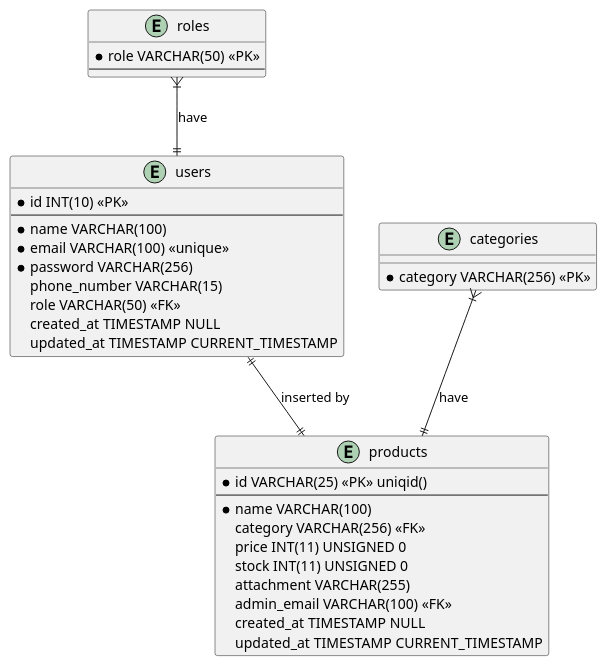
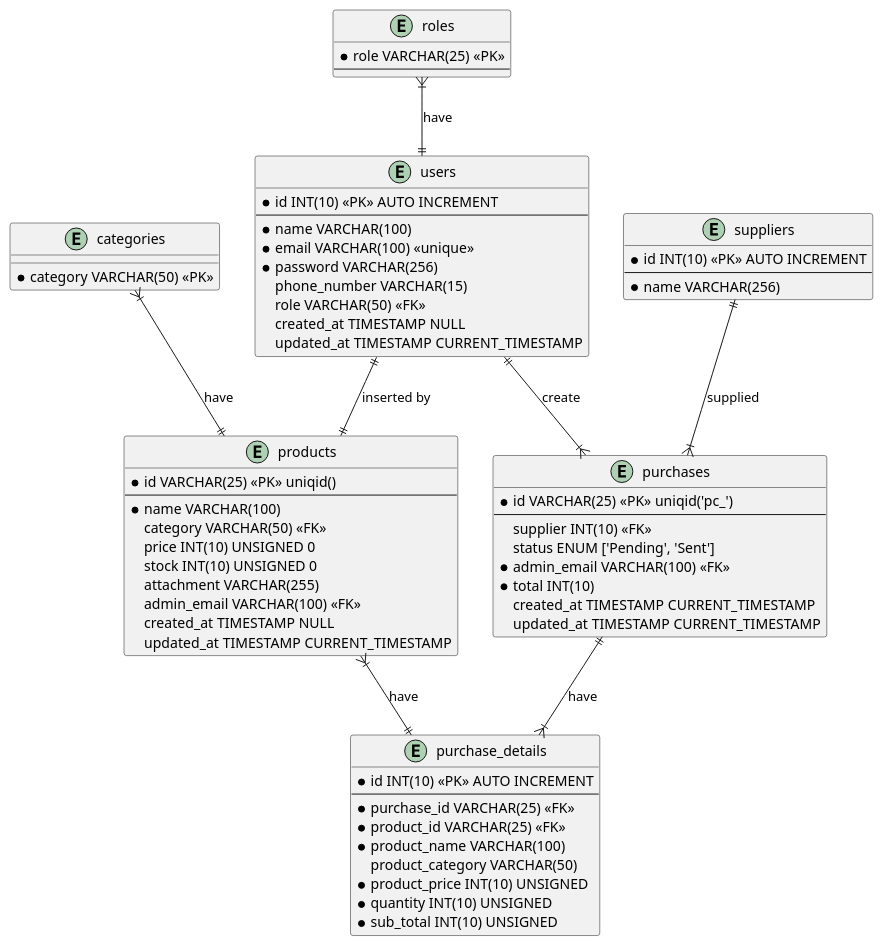
The diagram in docs/product-inventory.puml (doniduaasattuu/product-inventory), drawn with PlantUML before and after one commit. The commit also changed 27 other files, not shown here.

Commit message:
create table purchase, purchase detail, supplier

```diff
--- a/docs/product-inventory.puml
+++ b/docs/product-inventory.puml
@@ -1,41 +1,100 @@
 @startuml product inventory
 
     entity roles {
-        * role VARCHAR(50) <<PK>>
+        * role VARCHAR(25) <<PK>>
         --
     }
 
     entity users {
-        * id INT(10) <<PK>>
+        * id INT(10) <<PK>> AUTO INCREMENT
         --
         * name VARCHAR(100)
         * email VARCHAR(100) <<unique>>
         * password VARCHAR(256)
           phone_number VARCHAR(15)
           role VARCHAR(50) <<FK>>
           created_at TIMESTAMP NULL
           updated_at TIMESTAMP CURRENT_TIMESTAMP
     }
 
     entity categories {
-        * category VARCHAR(256) <<PK>>
+        * category VARCHAR(50) <<PK>>
     }
 
     entity products {
         * id VARCHAR(25) <<PK>> uniqid()
         --
         * name VARCHAR(100)
-          category VARCHAR(256) <<FK>>
-          price INT(11) UNSIGNED 0
-          stock INT(11) UNSIGNED 0
+          category VARCHAR(50) <<FK>>
+          price INT(10) UNSIGNED 0
+          stock INT(10) UNSIGNED 0
           attachment VARCHAR(255) 
           admin_email VARCHAR(100) <<FK>>
           created_at TIMESTAMP NULL
           updated_at TIMESTAMP CURRENT_TIMESTAMP
     }
 
+    entity suppliers {
+        * id INT(10) <<PK>> AUTO INCREMENT
+        --
+        * name VARCHAR(256)
+    }
+
+    entity purchases {
+        * id VARCHAR(25) <<PK>> uniqid('pc_')
+        --
+          supplier INT(10) <<FK>>
+          status ENUM ['Pending', 'Sent']
+        * admin_email VARCHAR(100) <<FK>>
+        * total INT(10)
+          created_at TIMESTAMP CURRENT_TIMESTAMP
+          updated_at TIMESTAMP CURRENT_TIMESTAMP
+    }
+
+    entity purchase_details {
+        * id INT(10) <<PK>> AUTO INCREMENT
+        --
+        * purchase_id VARCHAR(25) <<FK>>
+        * product_id VARCHAR(25) <<FK>>
+        * product_name VARCHAR(100)
+          product_category VARCHAR(50)
+        * product_price INT(10) UNSIGNED
+        * quantity INT(10) UNSIGNED
+        * sub_total INT(10) UNSIGNED
+    }
+
+    ' entity customers {
+    '     * id INT(10) <<PK>> AUTO INCREMENT
+    '     --
+    '     * name VARCHAR(256)
+    ' }
+
+    ' entity sale_details {
+    '     * id VARCHAR(25) <<PK>> uniqid('pcd_)
+    '     --
+    '     * product_id VARCHAR(25) <<FK>>
+    '     * product_name
+    '     * product_category
+    '     * quantity INT(10)
+    ' }
+
+    ' entity sales {
+    '     * id VARCHAR(25) <<PK>> uniqid('sl_')
+    '     --
+    '     * sale_detail VARCHAR(25) <<FK>>
+    '       customer INT(10) <<FK>>
+    '     * admin_email VARCHAR(100) <<FK>>
+    '       status ENUM ['Pending', 'Sent']
+    '       created_at TIMESTAMP NULL
+    '       updated_at TIMESTAMP CURRENT_TIMESTAMP
+    ' }
+
    roles }|--|| users : have
    categories }|--|| products : have
    users ||--|| products : inserted by
+   suppliers ||--|{ purchases : supplied
+   purchases ||--|{ purchase_details : have
+   users ||--|{ purchases : create
+   products }|--|| purchase_details : have
 
 @enduml
```
